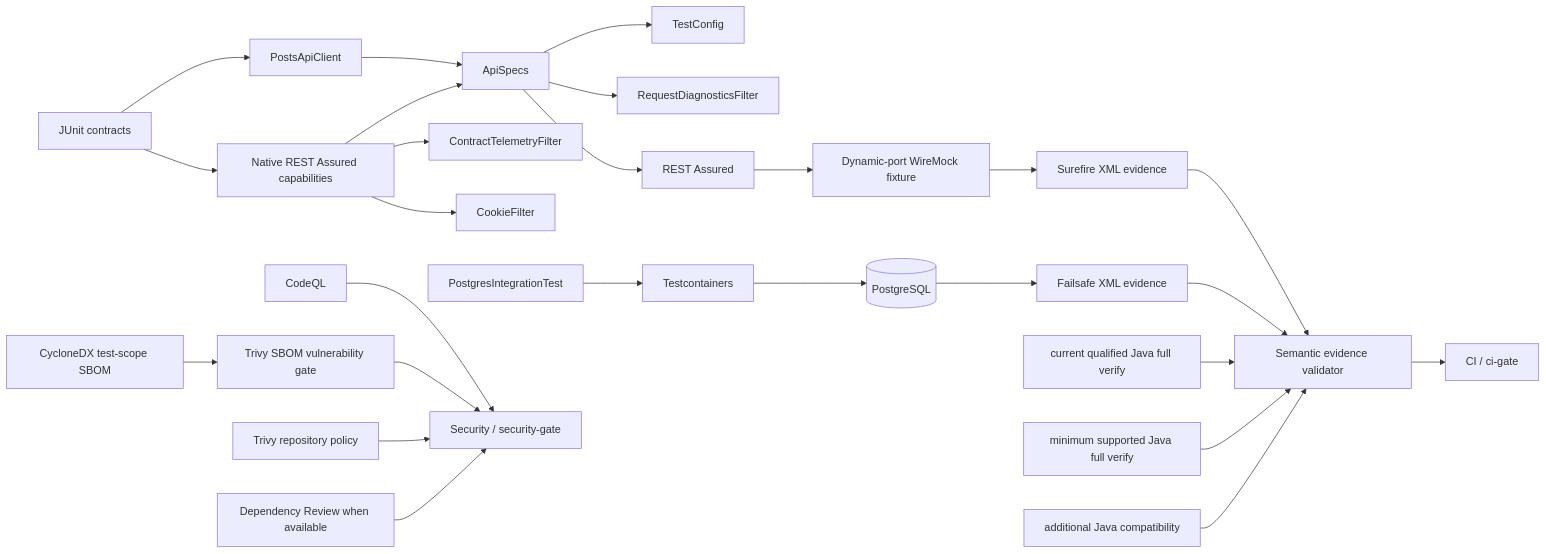
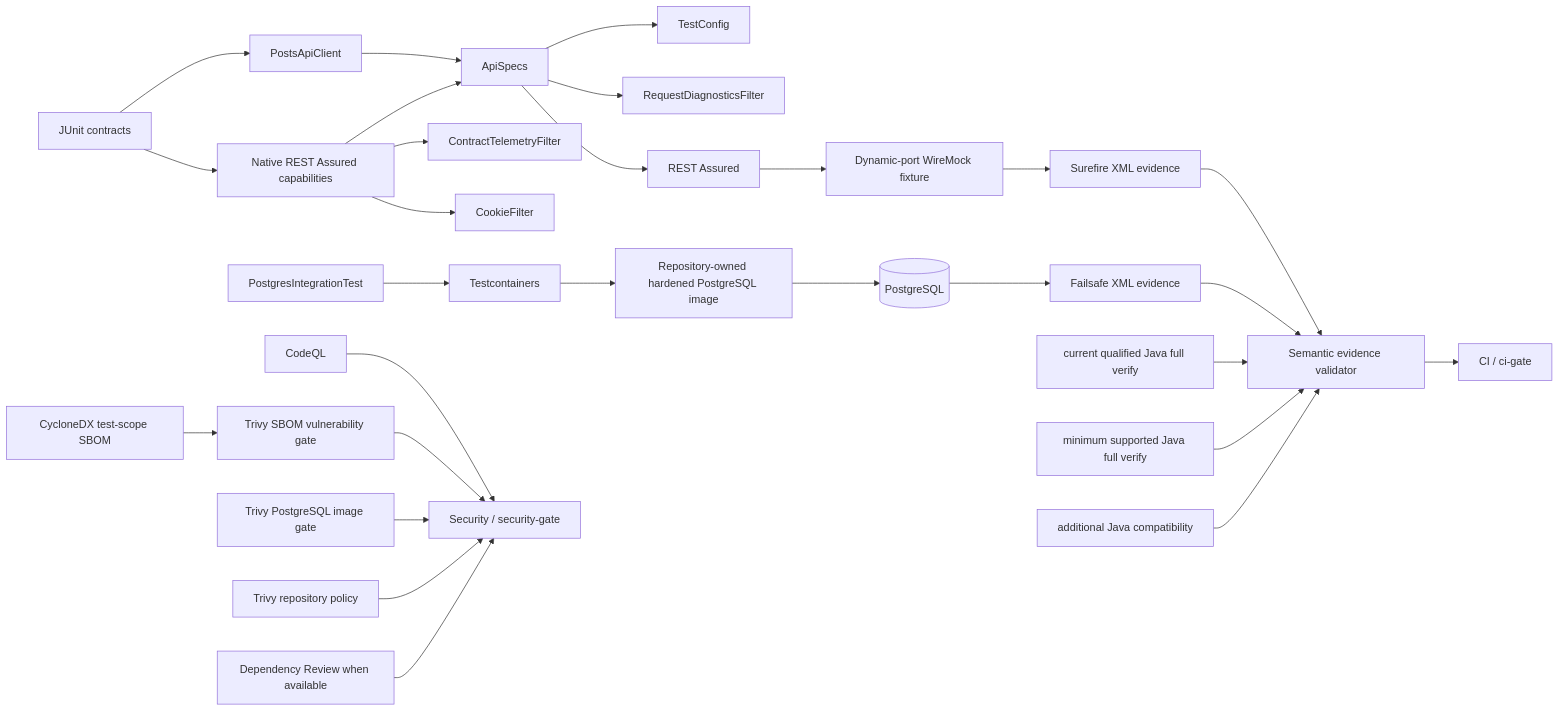
The diagram in README.md (portyu9/qa-automation-java-restassured), drawn with Mermaid before and after one commit. The commit also changed other lines of this file and 1 other file, not shown here.

First line of the commit message:
docs: align README with hardened PostgreSQL runtime

````diff
--- a/README.md
+++ b/README.md
@@ -46,32 +46,34 @@
 ```mermaid
 flowchart LR
     TEST[JUnit contracts] --> CLIENT[PostsApiClient]
     TEST --> NATIVE[Native REST Assured capabilities]
     CLIENT --> SPEC[ApiSpecs]
     NATIVE --> SPEC
     SPEC --> CFG[TestConfig]
     SPEC --> DIAG[RequestDiagnosticsFilter]
     NATIVE --> TELE[ContractTelemetryFilter]
     NATIVE --> COOKIE[CookieFilter]
     SPEC --> RA[REST Assured]
     RA --> WM[Dynamic-port WireMock fixture]
 
     DBTEST[PostgresIntegrationTest] --> TC[Testcontainers]
-    TC --> PG[(PostgreSQL)]
+    TC --> PGBUILD[Repository-owned hardened PostgreSQL image]
+    PGBUILD --> PG[(PostgreSQL)]
 
     WM --> SURE[Surefire XML evidence]
     PG --> FAIL[Failsafe XML evidence]
     SURE --> EVIDENCE[Semantic evidence validator]
     FAIL --> EVIDENCE
 
     J25[current qualified Java full verify] --> EVIDENCE
     J17[minimum supported Java full verify] --> EVIDENCE
     J21[additional Java compatibility] --> EVIDENCE
 
     CODEQL[CodeQL] --> SG[Security / security-gate]
     BOM[CycloneDX test-scope SBOM] --> SBOMSCAN[Trivy SBOM vulnerability gate]
     SBOMSCAN --> SG
+    PGSCAN[Trivy PostgreSQL image gate] --> SG
     REPO[Trivy repository policy] --> SG
     DEP[Dependency Review when available] --> SG
     EVIDENCE --> CIG[CI / ci-gate]
 ```
````
